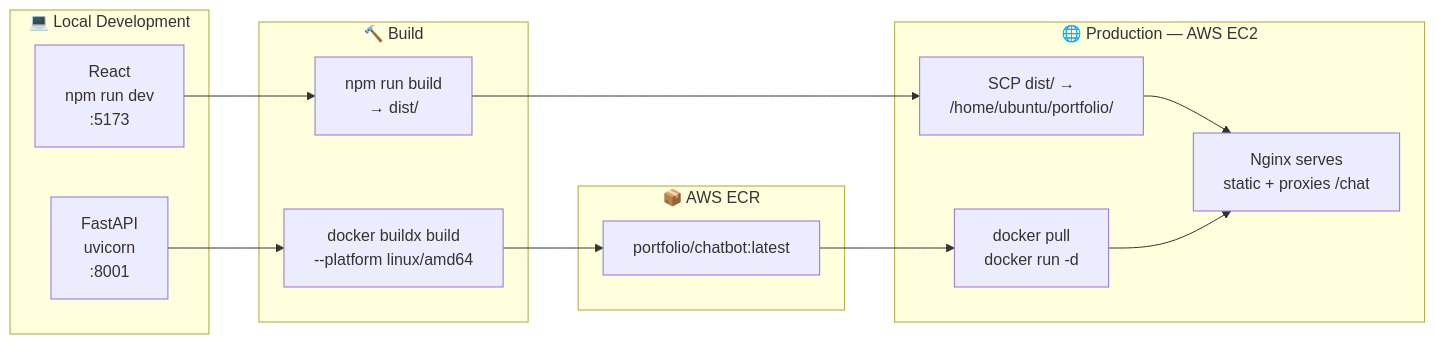
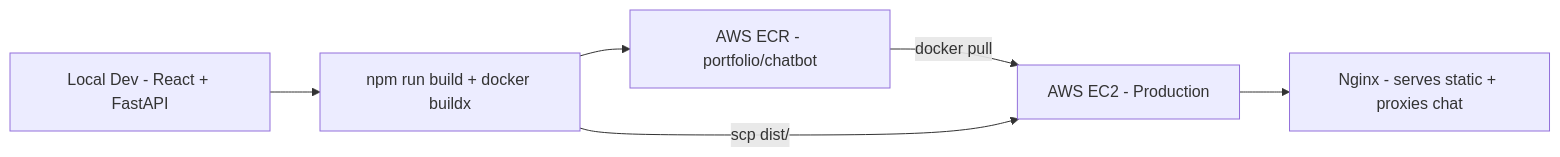
The third of 3 diagrams in README.md (Namidok/SrikarKodi-Portfolio), drawn with Mermaid before and after one commit. The commit also changed other lines of this file, not shown here.

````diff
--- a/README.md
+++ b/README.md
@@ -87,30 +64,14 @@
 ```mermaid
 graph LR
-    subgraph Dev["💻 Local Development"]
-        A[React<br/>npm run dev<br/>:5173] 
-        B[FastAPI<br/>uvicorn<br/>:8001]
-    end
+    Dev["Local Dev - React + FastAPI"]
+    Build["npm run build + docker buildx"]
+    ECR["AWS ECR - portfolio/chatbot"]
+    EC2["AWS EC2 - Production"]
+    Nginx["Nginx - serves static + proxies chat"]
 
-    subgraph Build["🔨 Build"]
-        C[npm run build<br/>→ dist/]
-        D[docker buildx build<br/>--platform linux/amd64]
-    end
-
-    subgraph Registry["📦 AWS ECR"]
-        E[portfolio/chatbot:latest]
-    end
-
-    subgraph Prod["🌐 Production — AWS EC2"]
-        F[SCP dist/ →<br/>/home/ubuntu/portfolio/]
-        G[docker pull<br/>docker run -d]
-        H[Nginx serves<br/>static + proxies /chat]
-    end
-
-    A --> C
-    B --> D
-    C --> F
-    D --> E
-    E --> G
-    F --> H
-    G --> H
+    Dev --> Build
+    Build --> ECR
+    ECR -->|docker pull| EC2
+    Build -->|scp dist/| EC2
+    EC2 --> Nginx
 ```
````
